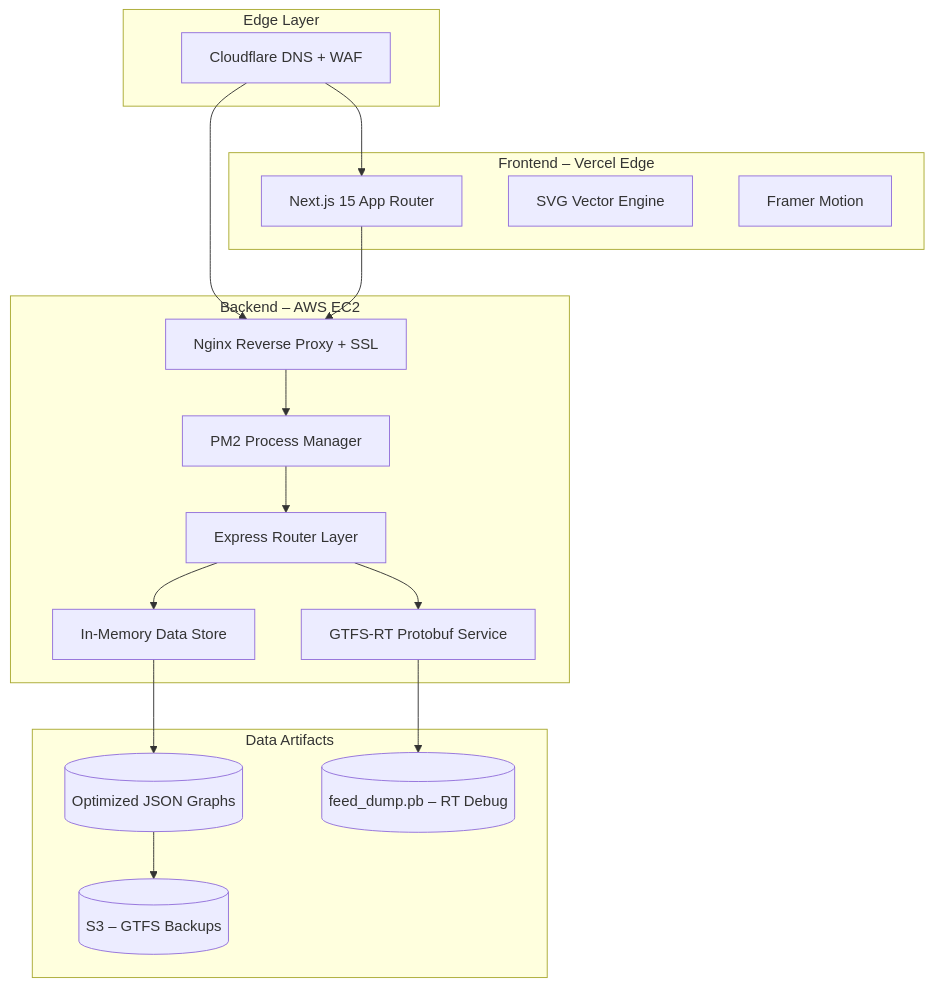
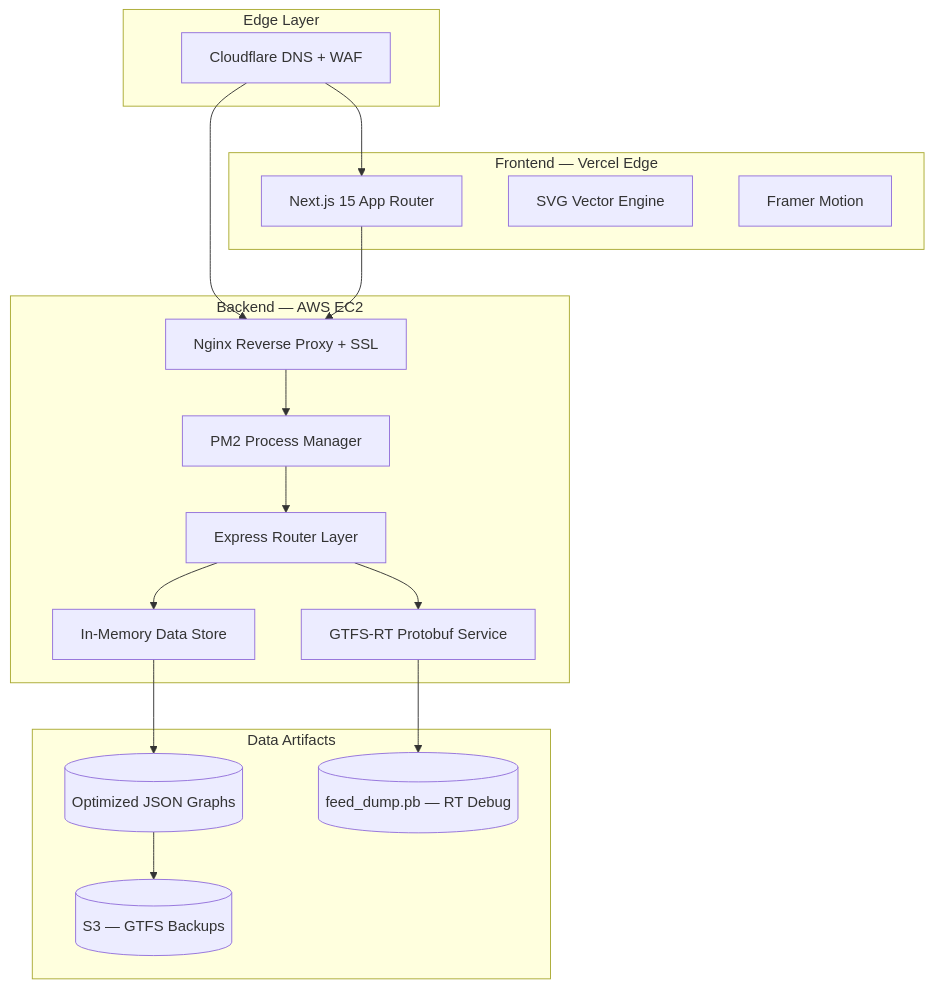
One commit to adya-hub/metromate changed the first of 6 diagrams in README.md. Above: the diagram before and after it, drawn with Mermaid. The commit also changed other lines of this file and 15 other files, not shown here.

````diff
--- a/README.md
+++ b/README.md
@@ -84,37 +84,37 @@
 ```mermaid
 graph TD
-    subgraph "Edge Layer"
-        CF[Cloudflare DNS + WAF]
+    subgraph EdgeLayer["Edge Layer"]
+        CF["Cloudflare DNS + WAF"]
     end
 
-    subgraph "Frontend – Vercel Edge"
-        UI[Next.js 15 App Router]
-        SVG[SVG Vector Engine]
-        Motion[Framer Motion]
+    subgraph FrontendLayer["Frontend — Vercel Edge"]
+        UI["Next.js 15 App Router"]
+        SVGEngine["SVG Vector Engine"]
+        Motion["Framer Motion"]
     end
 
-    subgraph "Backend – AWS EC2"
-        Nginx[Nginx Reverse Proxy + SSL]
-        PM2[PM2 Process Manager]
-        API[Express Router Layer]
-        RT[GTFS-RT Protobuf Service]
-        Store[In-Memory Data Store]
+    subgraph BackendLayer["Backend — AWS EC2"]
+        Nginx["Nginx Reverse Proxy + SSL"]
+        PM2["PM2 Process Manager"]
+        API["Express Router Layer"]
+        RT["GTFS-RT Protobuf Service"]
+        Store["In-Memory Data Store"]
     end
 
-    subgraph "Data Artifacts"
-        S3[(S3 – GTFS Backups)]
-        JSON[(Optimized JSON Graphs)]
-        PB[(feed_dump.pb – RT Debug)]
+    subgraph DataLayer["Data Artifacts"]
+        S3[("S3 — GTFS Backups")]
+        JSON[("Optimized JSON Graphs")]
+        PB[("feed_dump.pb — RT Debug")]
     end
 
     CF --> UI
     CF --> Nginx
     UI --> Nginx
     Nginx --> PM2
     PM2 --> API
     API --> RT
     API --> Store
     Store --> JSON
     RT --> PB
     JSON --> S3
 ```
````
